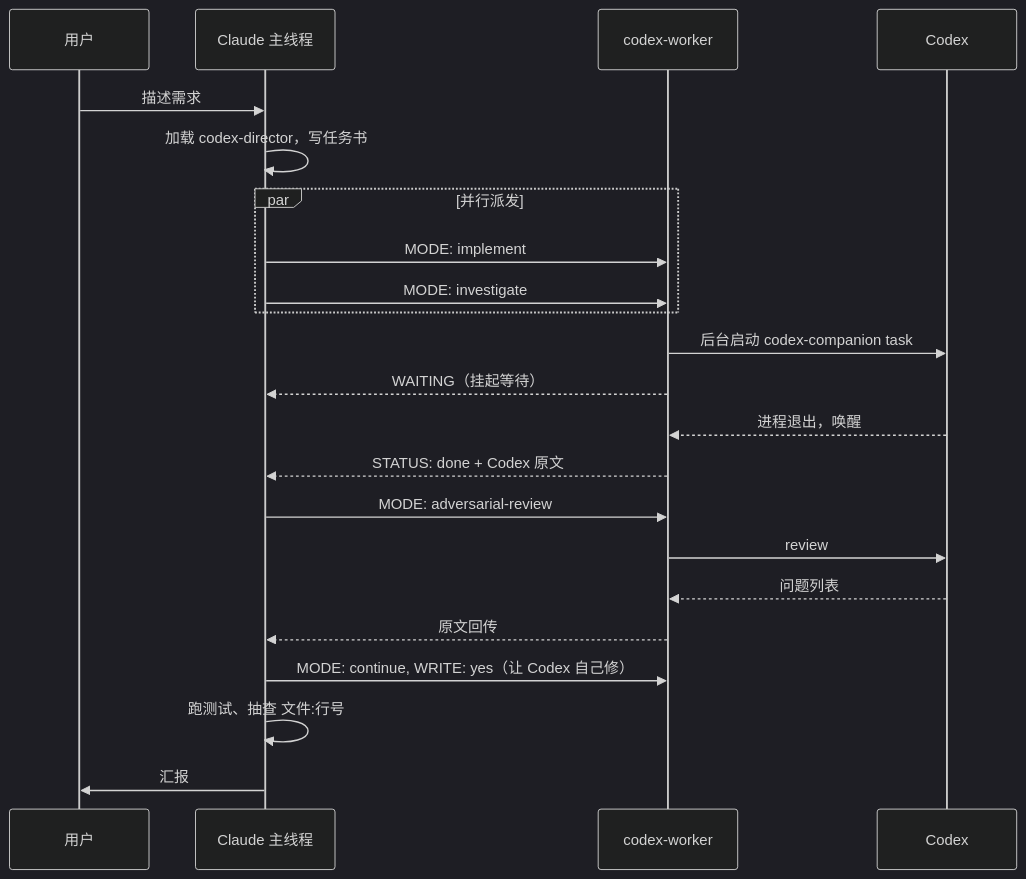
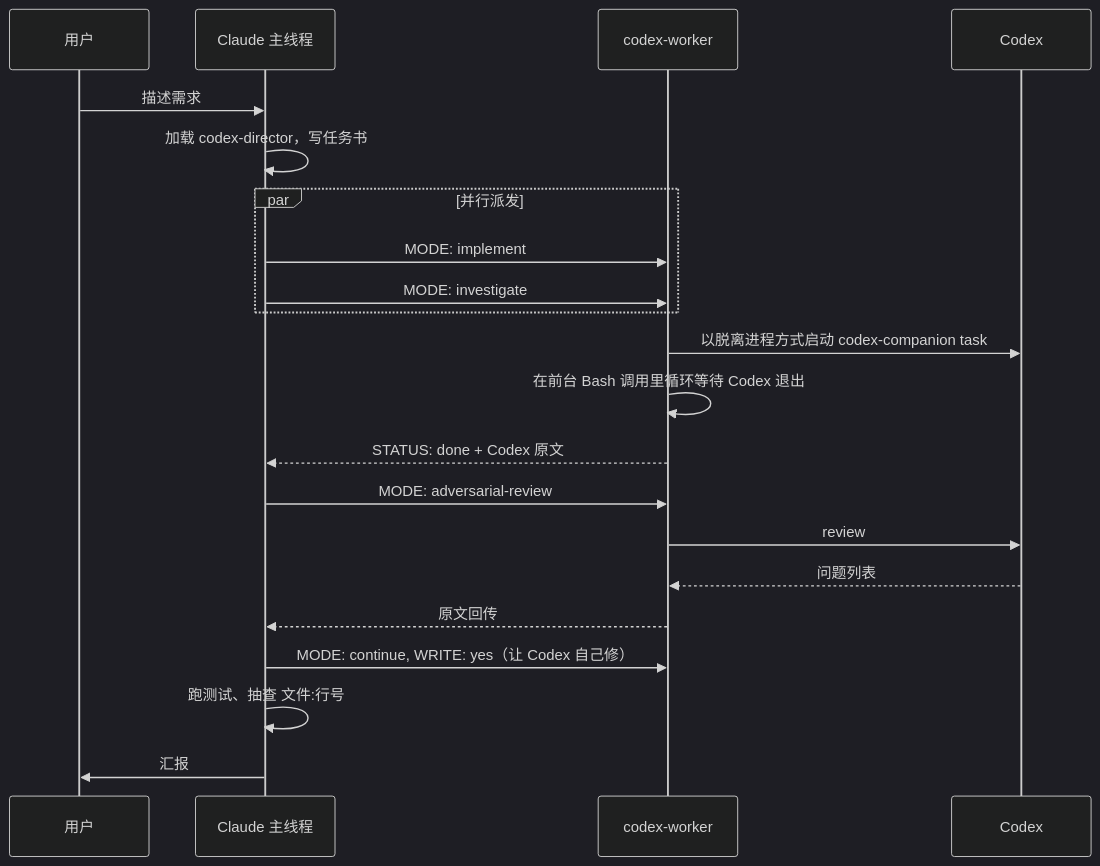
One commit to y-cruce/codex-director changed the diagram in README.zh-CN.md. Above: the diagram before and after it, drawn with Mermaid (dark theme). The commit also changed other lines of this file and 3 other files, not shown here.

First line of the commit message:
Worker: wait for Codex in foreground instead of suspending on WAITING

````diff
--- a/README.zh-CN.md
+++ b/README.zh-CN.md
@@ -21,25 +21,24 @@
 ```mermaid
 sequenceDiagram
     participant U as 用户
     participant C as Claude 主线程
     participant W as codex-worker
     participant X as Codex
 
     U->>C: 描述需求
     C->>C: 加载 codex-director，写任务书
     par 并行派发
         C->>W: MODE: implement
         C->>W: MODE: investigate
     end
-    W->>X: 后台启动 codex-companion task
-    W-->>C: WAITING（挂起等待）
-    X-->>W: 进程退出，唤醒
+    W->>X: 以脱离进程方式启动 codex-companion task
+    W->>W: 在前台 Bash 调用里循环等待 Codex 退出
     W-->>C: STATUS: done + Codex 原文
     C->>W: MODE: adversarial-review
     W->>X: review
     X-->>W: 问题列表
     W-->>C: 原文回传
     C->>W: MODE: continue, WRITE: yes（让 Codex 自己修）
     C->>C: 跑测试、抽查 文件:行号
     C->>U: 汇报
 ```
````
